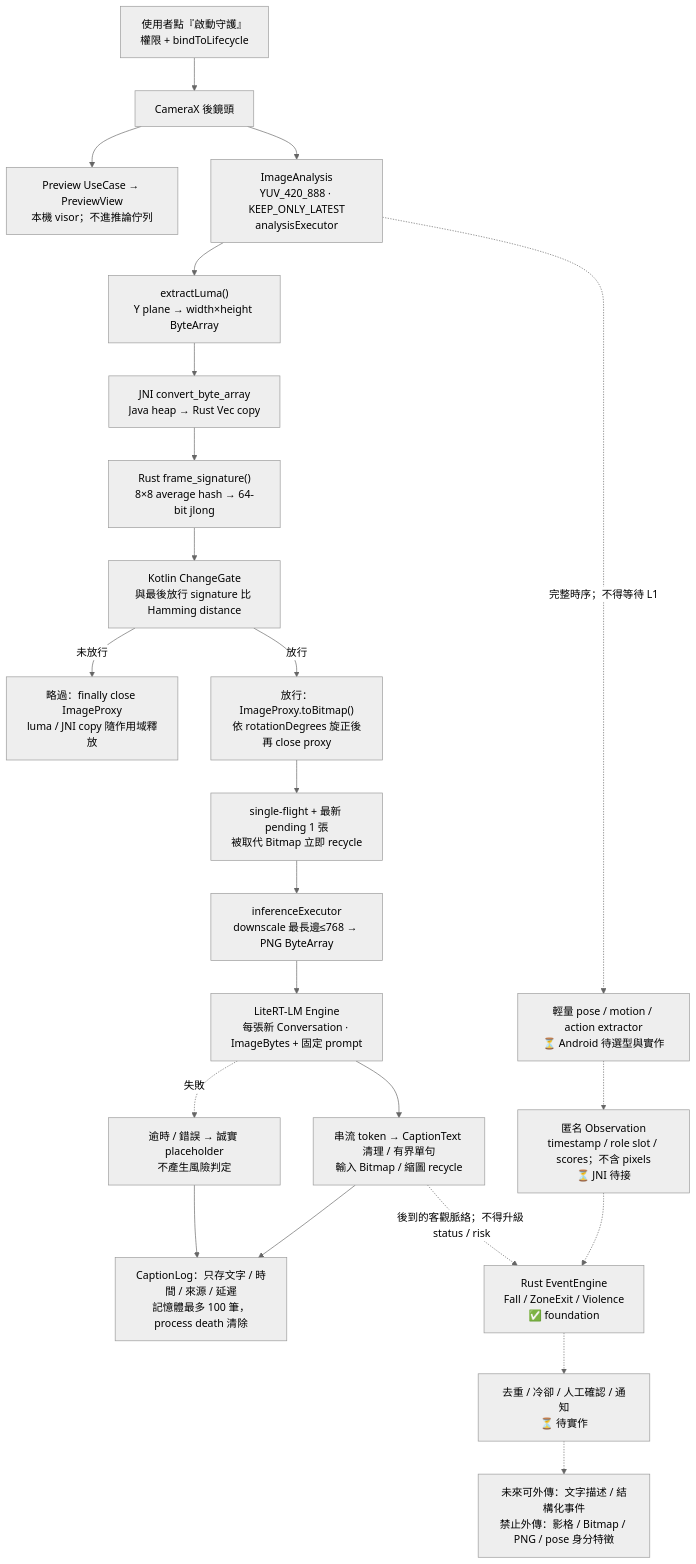
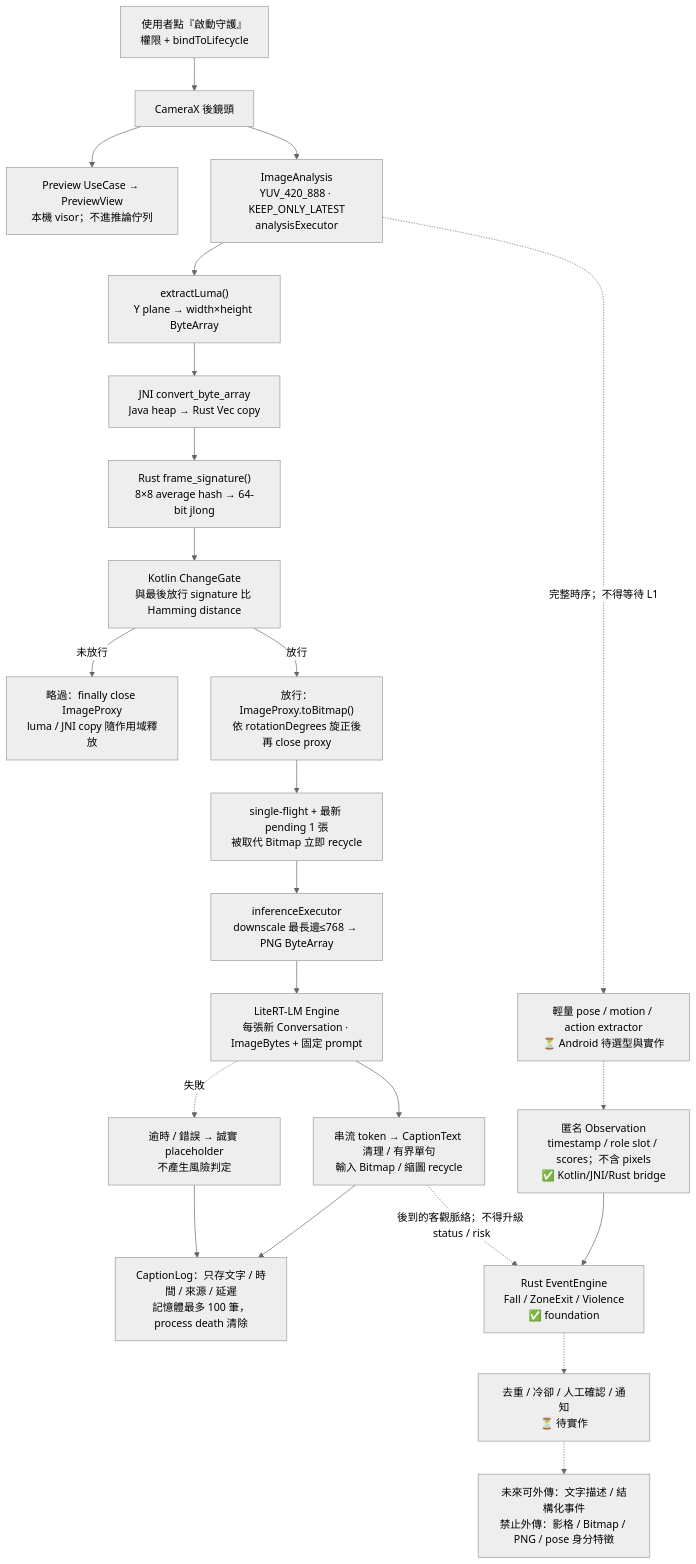
Before and after one commit to TingFengChou/claustrum: the third of 3 diagrams in README.md, drawn with Mermaid (neutral theme). The commit also changed other lines of this file and 21 other files, not shown here.

Commit message:
feat(events): 接通 Android L2 observation bridge (#33)

````diff
--- a/README.md
+++ b/README.md
@@ -208,34 +210,34 @@
 ```mermaid
 flowchart TB
   START["使用者點『啟動守護』<br/>權限 + bindToLifecycle"]
   CAMERA["CameraX 後鏡頭"]
   PREVIEW["Preview UseCase → PreviewView<br/>本機 visor；不進推論佇列"]
   ANALYSIS["ImageAnalysis<br/>YUV_420_888 · KEEP_ONLY_LATEST<br/>analysisExecutor"]
   LUMA["extractLuma()<br/>Y plane → width×height ByteArray"]
   JNI["JNI convert_byte_array<br/>Java heap → Rust Vec copy"]
   HASH["Rust frame_signature()<br/>8×8 average hash → 64-bit jlong"]
   GATE["Kotlin ChangeGate<br/>與最後放行 signature 比 Hamming distance"]
   CLOSE["略過：finally close ImageProxy<br/>luma / JNI copy 隨作用域釋放"]
   COPY["放行：ImageProxy.toBitmap()<br/>依 rotationDegrees 旋正後再 close proxy"]
   QUEUE["single-flight + 最新 pending 1 張<br/>被取代 Bitmap 立即 recycle"]
   PREP["inferenceExecutor<br/>downscale 最長邊≤768 → PNG ByteArray"]
   ENGINE["LiteRT-LM Engine<br/>每張新 Conversation · ImageBytes + 固定 prompt"]
   TEXT["串流 token → CaptionText 清理 / 有界單句<br/>輸入 Bitmap / 縮圖 recycle"]
   LOG["CaptionLog：只存文字 / 時間 / 來源 / 延遲<br/>記憶體最多 100 筆，process death 清除"]
   FALLBACK["逾時 / 錯誤 → 誠實 placeholder<br/>不產生風險判定"]
   EXTRACTOR["輕量 pose / motion / action extractor<br/>⏳ Android 待選型與實作"]
-  OBS["匿名 Observation<br/>timestamp / role slot / scores；不含 pixels<br/>⏳ JNI 待接"]
+  OBS["匿名 Observation<br/>timestamp / role slot / scores；不含 pixels<br/>✅ Kotlin/JNI/Rust bridge"]
   L2["Rust EventEngine<br/>Fall / ZoneExit / Violence<br/>✅ foundation"]
   POLICY["去重 / 冷卻 / 人工確認 / 通知<br/>⏳ 待實作"]
   ALLOWED["未來可外傳：文字描述 / 結構化事件<br/>禁止外傳：影格 / Bitmap / PNG / pose 身分特徵"]
 
   START --> CAMERA
   CAMERA --> PREVIEW
   CAMERA --> ANALYSIS --> LUMA --> JNI --> HASH --> GATE
   GATE -->|"未放行"| CLOSE
   GATE -->|"放行"| COPY --> QUEUE --> PREP --> ENGINE --> TEXT --> LOG
   ENGINE -.->|"失敗"| FALLBACK --> LOG
   ANALYSIS -.->|"完整時序；不得等待 L1"| EXTRACTOR
-  EXTRACTOR -.-> OBS -.-> L2 -.-> POLICY -.-> ALLOWED
+  EXTRACTOR -.-> OBS --> L2 -.-> POLICY -.-> ALLOWED
   TEXT -.->|"後到的客觀脈絡；不得升級 status / risk"| L2
 ```
````
